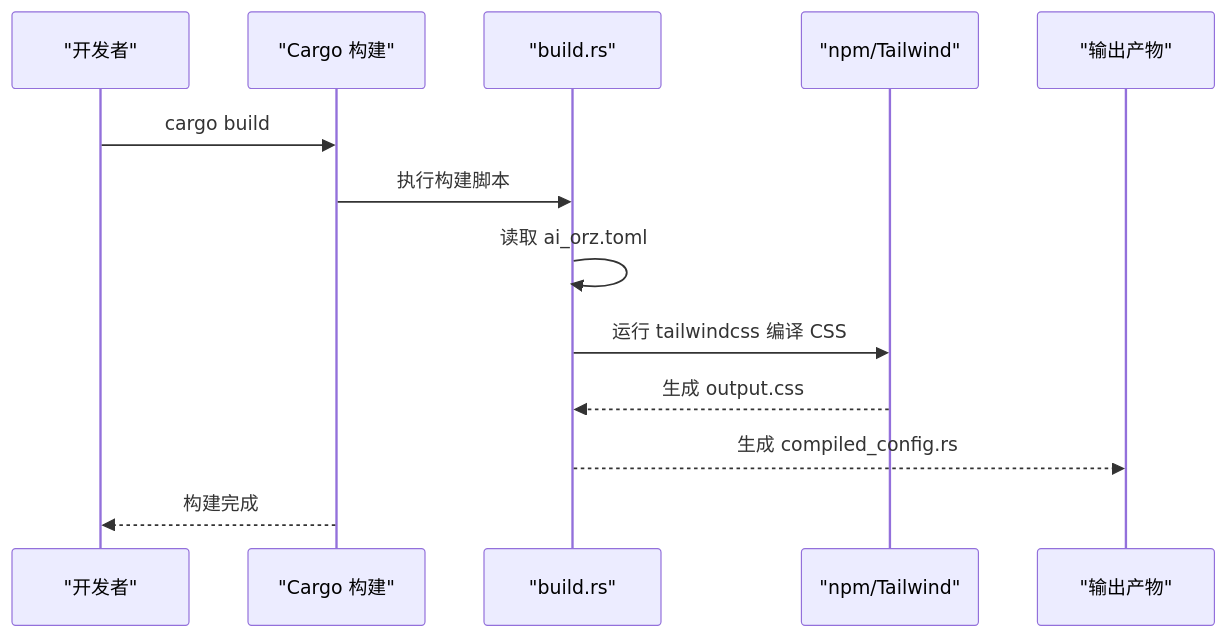
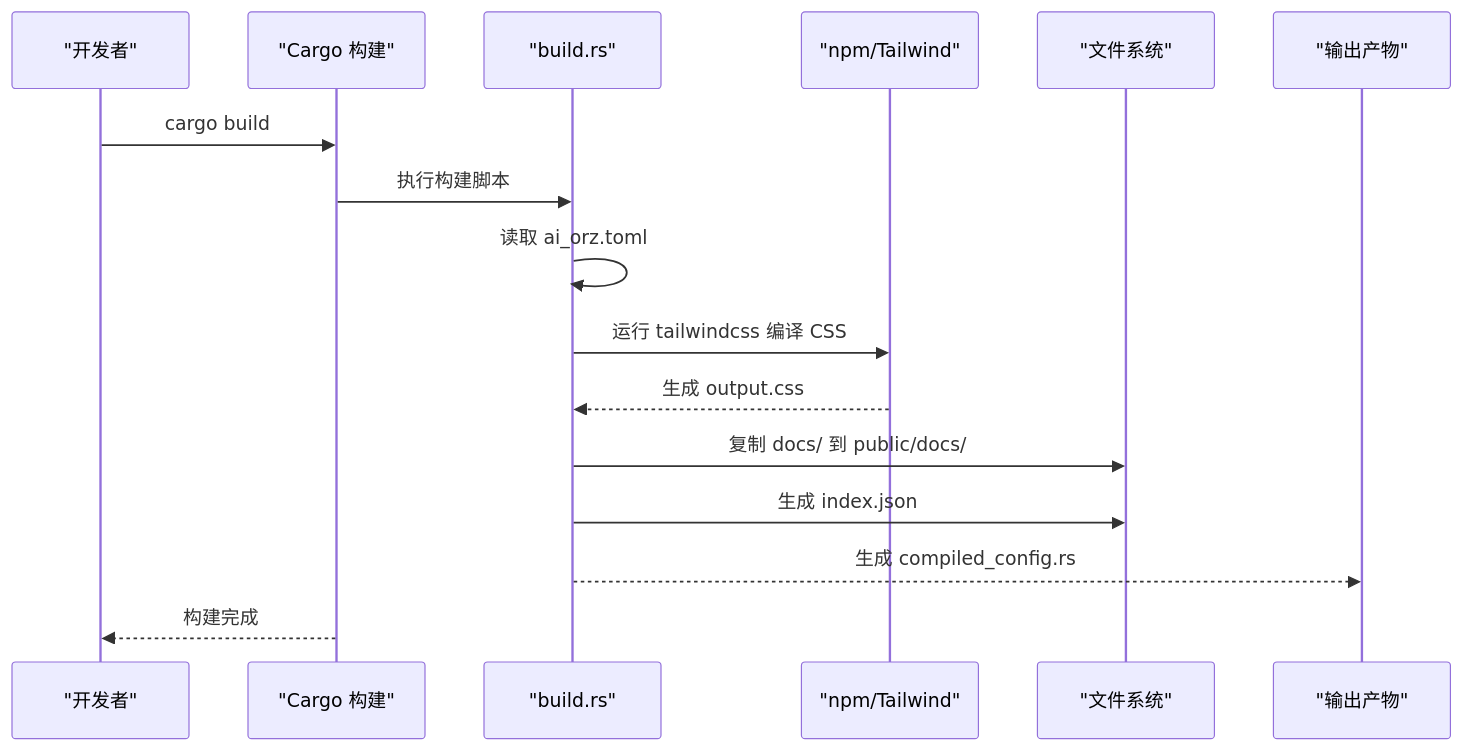
One commit to runningcoders/ai_orz changed the sixth of 9 diagrams in .qoder/repowiki/zh/content/前端应用/前端架构设计.md. Above: the diagram before and after it, drawn with Mermaid. The commit also changed other lines of this file and 338 other files, not shown here.

````diff
--- a/.qoder/repowiki/zh/content/前端应用/前端架构设计.md
+++ b/.qoder/repowiki/zh/content/前端应用/前端架构设计.md
@@ -257,15 +291,18 @@
 ```mermaid
 sequenceDiagram
 participant Dev as "开发者"
 participant Cargo as "Cargo 构建"
 participant BR as "build.rs"
 participant NPM as "npm/Tailwind"
+participant FS as "文件系统"
 participant Out as "输出产物"
 Dev->>Cargo : cargo build
 Cargo->>BR : 执行构建脚本
 BR->>BR : 读取 ai_orz.toml
 BR->>NPM : 运行 tailwindcss 编译 CSS
 NPM-->>BR : 生成 output.css
+BR->>FS : 复制 docs/ 到 public/docs/
+BR->>FS : 生成 index.json
 BR-->>Out : 生成 compiled_config.rs
 Cargo-->>Dev : 构建完成
 ```
````
